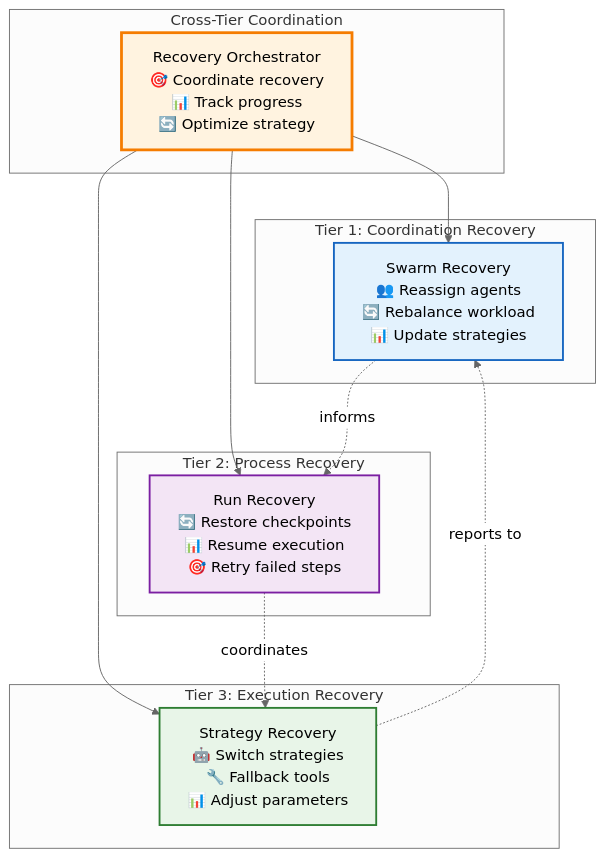
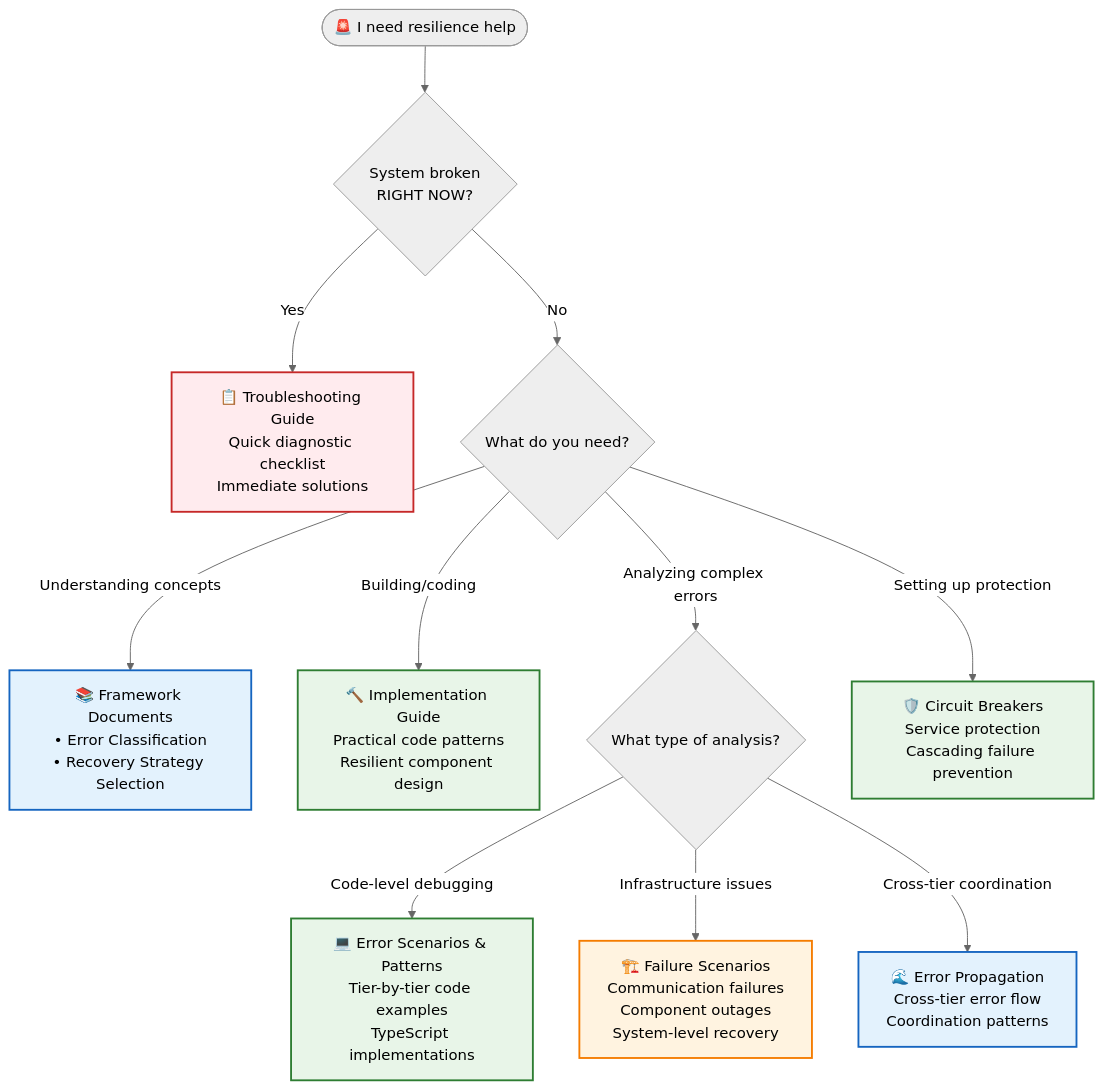
One commit to Vrooli/Vrooli changed the third of 3 diagrams in docs/architecture/execution/resilience/README.md. Above: the diagram before and after it, drawn with Mermaid (neutral theme). The commit also changed other lines of this file and 8 other files, not shown here.

````diff
--- a/docs/architecture/execution/resilience/README.md
+++ b/docs/architecture/execution/resilience/README.md
@@ -396,36 +244,32 @@
 ```mermaid
-graph TB
-    subgraph "Tier 1: Coordination Recovery"
-        T1Recovery[Swarm Recovery<br/>👥 Reassign agents<br/>🔄 Rebalance workload<br/>📊 Update strategies]
-    end
+flowchart TD
+    Start([🚨 I need resilience help]) --> Immediate{System broken<br/>RIGHT NOW?}
     
-    subgraph "Tier 2: Process Recovery"
-        T2Recovery[Run Recovery<br/>🔄 Restore checkpoints<br/>📊 Resume execution<br/>🎯 Retry failed steps]
-    end
+    Immediate -->|Yes| Troubleshoot[📋 Troubleshooting Guide<br/>Quick diagnostic checklist<br/>Immediate solutions]
     
-    subgraph "Tier 3: Execution Recovery"
-        T3Recovery[Strategy Recovery<br/>🤖 Switch strategies<br/>🔧 Fallback tools<br/>📊 Adjust parameters]
-    end
+    Immediate -->|No| Purpose{What do you need?}
     
-    subgraph "Cross-Tier Coordination"
-        RecoveryOrchestrator[Recovery Orchestrator<br/>🎯 Coordinate recovery<br/>📊 Track progress<br/>🔄 Optimize strategy]
-    end
+    Purpose -->|Understanding concepts| Framework[📚 Framework Documents<br/>• Error Classification<br/>• Recovery Strategy Selection]
     
-    RecoveryOrchestrator --> T1Recovery
-    RecoveryOrchestrator --> T2Recovery
-    RecoveryOrchestrator --> T3Recovery
+    Purpose -->|Building/coding| Implementation[🔨 Implementation Guide<br/>Practical code patterns<br/>Resilient component design]
     
-    T1Recovery -.->|informs| T2Recovery
-    T2Recovery -.->|coordinates| T3Recovery
-    T3Recovery -.->|reports to| T1Recovery
+    Purpose -->|Analyzing complex errors| Analysis{What type of analysis?}
     
-    classDef tier1 fill:#e3f2fd,stroke:#1565c0,stroke-width:2px
-    classDef tier2 fill:#f3e5f5,stroke:#7b1fa2,stroke-width:2px
-    classDef tier3 fill:#e8f5e8,stroke:#2e7d32,stroke-width:2px
-    classDef orchestrator fill:#fff3e0,stroke:#f57c00,stroke-width:3px
+    Purpose -->|Setting up protection| Protection[🛡️ Circuit Breakers<br/>Service protection<br/>Cascading failure prevention]
     
-    class T1Recovery tier1
-    class T2Recovery tier2
-    class T3Recovery tier3
-    class RecoveryOrchestrator orchestrator
+    Analysis -->|Code-level debugging| CodeExamples[💻 Error Scenarios & Patterns<br/>Tier-by-tier code examples<br/>TypeScript implementations]
+    
+    Analysis -->|Infrastructure issues| Infrastructure[🏗️ Failure Scenarios<br/>Communication failures<br/>Component outages<br/>System-level recovery]
+    
+    Analysis -->|Cross-tier coordination| Flow[🌊 Error Propagation<br/>Cross-tier error flow<br/>Coordination patterns]
+    
+    classDef urgent fill:#ffebee,stroke:#c62828,stroke-width:2px
+    classDef framework fill:#e3f2fd,stroke:#1565c0,stroke-width:2px
+    classDef practical fill:#e8f5e8,stroke:#2e7d32,stroke-width:2px
+    classDef analysis fill:#fff3e0,stroke:#f57c00,stroke-width:2px
+    
+    class Troubleshoot urgent
+    class Framework,Flow framework
+    class Implementation,Protection,CodeExamples practical
+    class Infrastructure analysis
 ```
````
